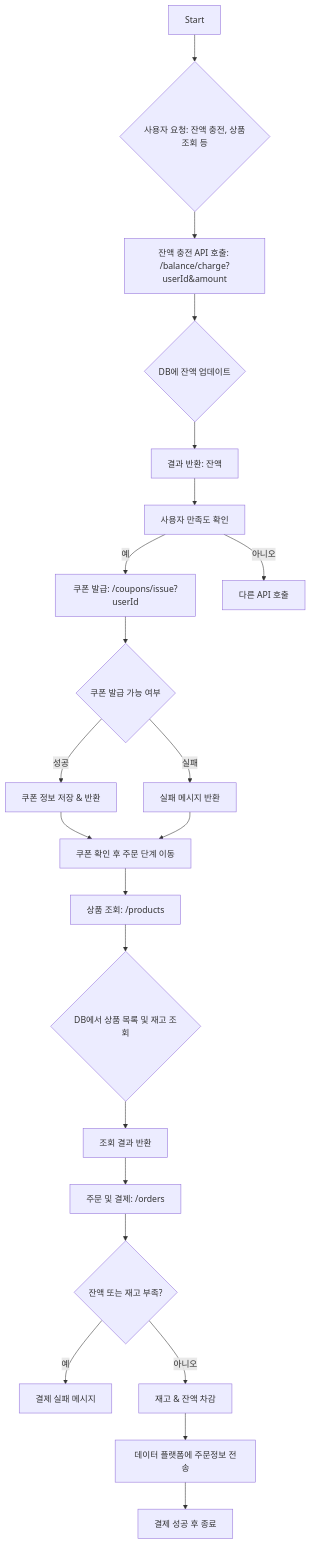
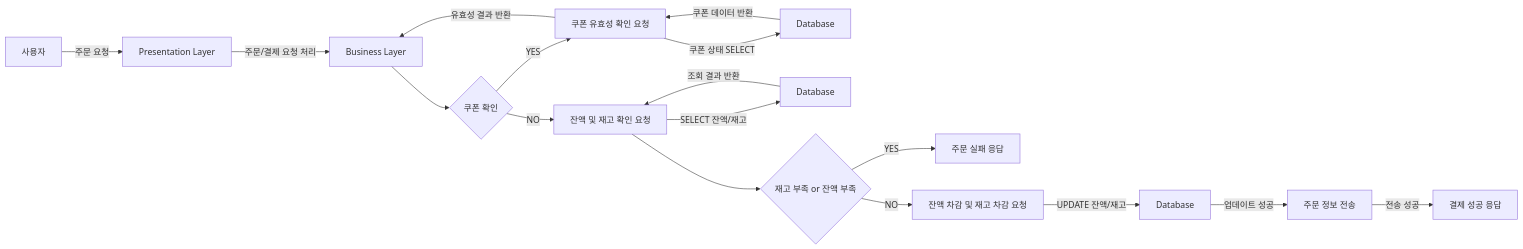
One commit to dhgudtmxhs/hhplus-ecommerce changed the ninth of 10 diagrams in README.md. Above: the diagram before and after it, drawn with Mermaid. The commit also changed other lines of this file, not shown here.

````diff
--- a/README.md
+++ b/README.md
@@ -169,27 +239,19 @@
 ```mermaid
-flowchart TD
-    A[Start] --> B{사용자 요청: 잔액 충전, 상품조회 등}
-    B --> C[잔액 충전 API 호출: /balance/charge?userId&amount]
-    C --> D{DB에 잔액 업데이트}
-    D --> E[결과 반환: 잔액]
-    E --> F[사용자 만족도 확인]
-    F --> |예| G[쿠폰 발급: /coupons/issue?userId]
-    F --> |아니오| H[다른 API 호출]
-
-    G --> I{쿠폰 발급 가능 여부}
-    I --> |성공| J[쿠폰 정보 저장 & 반환]
-    I --> |실패| K[실패 메시지 반환]
-    J --> L[쿠폰 확인 후 주문 단계 이동]
-    K --> L
-
-    L --> M[상품 조회: /products]
-    M --> N{DB에서 상품 목록 및 재고 조회}
-    N --> O[조회 결과 반환]
-
-    O --> P[주문 및 결제: /orders]
-    P --> Q{잔액 또는 재고 부족?}
-    Q --> |예| R[결제 실패 메시지]
-    Q --> |아니오| S[재고 & 잔액 차감]
-    S --> T[데이터 플랫폼에 주문정보 전송]
-    T --> U[결제 성공 후 종료]
+flowchart LR
+    A[사용자] -->|주문 요청 | B[Presentation Layer]
+    B -->|주문/결제 요청 처리| C[Business Layer]
+    C --> D{쿠폰 확인}
+    D -->|YES| E[쿠폰 유효성 확인 요청]
+    E -->|쿠폰 상태 SELECT| F[Database]
+    F -->|쿠폰 데이터 반환| E
+    E -->|유효성 결과 반환| C
+    D -->|NO| G[잔액 및 재고 확인 요청]
+    G -->|SELECT 잔액/재고| H[Database]
+    H -->|조회 결과 반환| G
+    G --> I{재고 부족 or 잔액 부족}
+    I -->|YES| J[주문 실패 응답]
+    I -->|NO| K[잔액 차감 및 재고 차감 요청]
+    K -->|UPDATE 잔액/재고| L[Database]
+    L -->|업데이트 성공| M[주문 정보 전송]
+    M -->|전송 성공| N[결제 성공 응답]
 ```
````
